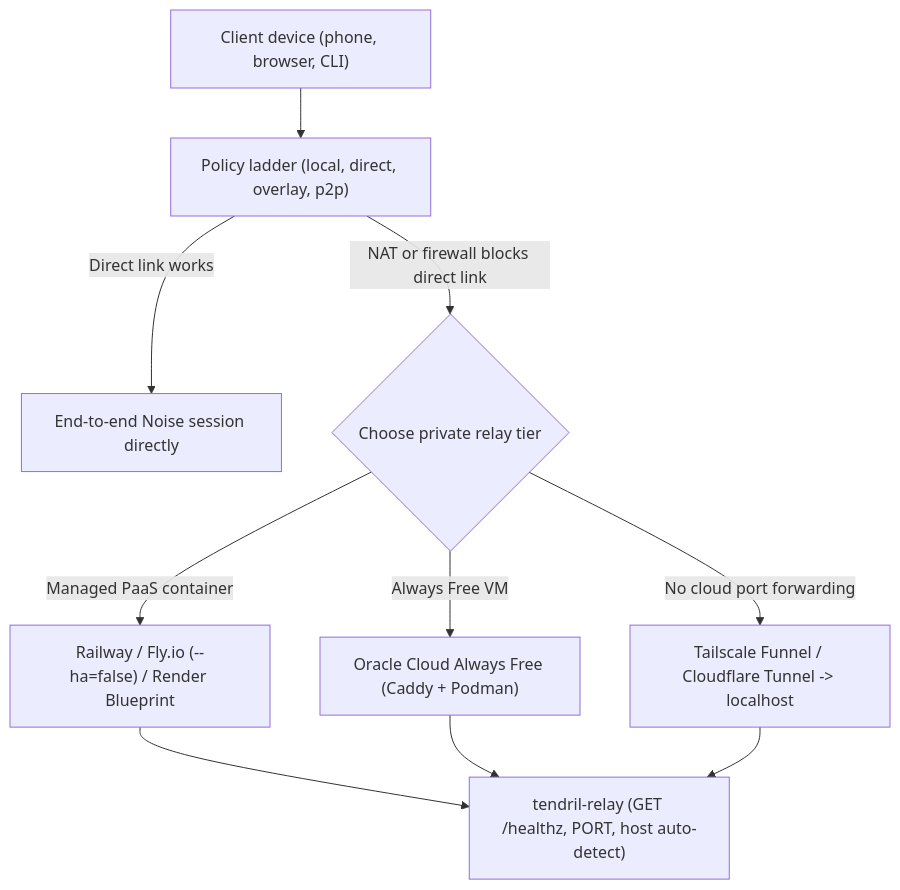
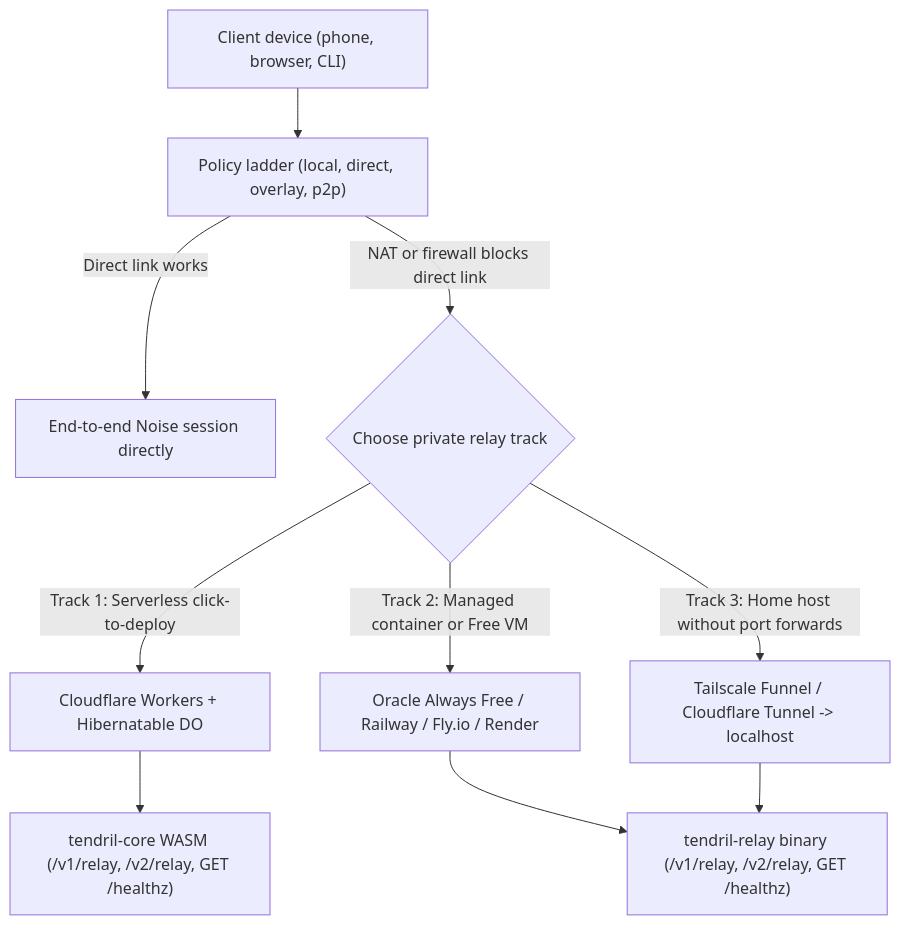
The diagram in docs/usage/relay-hosting.md (agync/tendril), drawn with Mermaid before and after one commit. The commit also changed other lines of this file and 25 other files, not shown here.

Commit message:
feat(relay): add Cloudflare DO worker and guide

````diff
--- a/docs/usage/relay-hosting.md
+++ b/docs/usage/relay-hosting.md
@@ -15,12 +15,12 @@
 ```mermaid
 flowchart TD
   D["Client device (phone, browser, CLI)"] --> R["Policy ladder (local, direct, overlay, p2p)"]
   R -->|Direct link works| S["End-to-end Noise session directly"]
-  R -->|NAT or firewall blocks direct link| H{"Choose private relay tier"}
-  H -->|"Managed PaaS container"| P["Railway / Fly.io (--ha=false) / Render Blueprint"]
-  H -->|"Always Free VM"| O["Oracle Cloud Always Free (Caddy + Podman)"]
-  H -->|"No cloud port forwarding"| T["Tailscale Funnel / Cloudflare Tunnel -> localhost"]
-  P --> W["tendril-relay (GET /healthz, PORT, host auto-detect)"]
-  O --> W
-  T --> W
+  R -->|NAT or firewall blocks direct link| H{"Choose private relay track"}
+  H -->|"Track 1: Serverless click-to-deploy"| C["Cloudflare Workers + Hibernatable DO"]
+  H -->|"Track 2: Managed container or Free VM"| P["Oracle Always Free / Railway / Fly.io / Render"]
+  H -->|"Track 3: Home host without port forwards"| T["Tailscale Funnel / Cloudflare Tunnel -> localhost"]
+  C --> W["tendril-core WASM (/v1/relay, /v2/relay, GET /healthz)"]
+  P --> W2["tendril-relay binary (/v1/relay, /v2/relay, GET /healthz)"]
+  T --> W2
 ```
````
